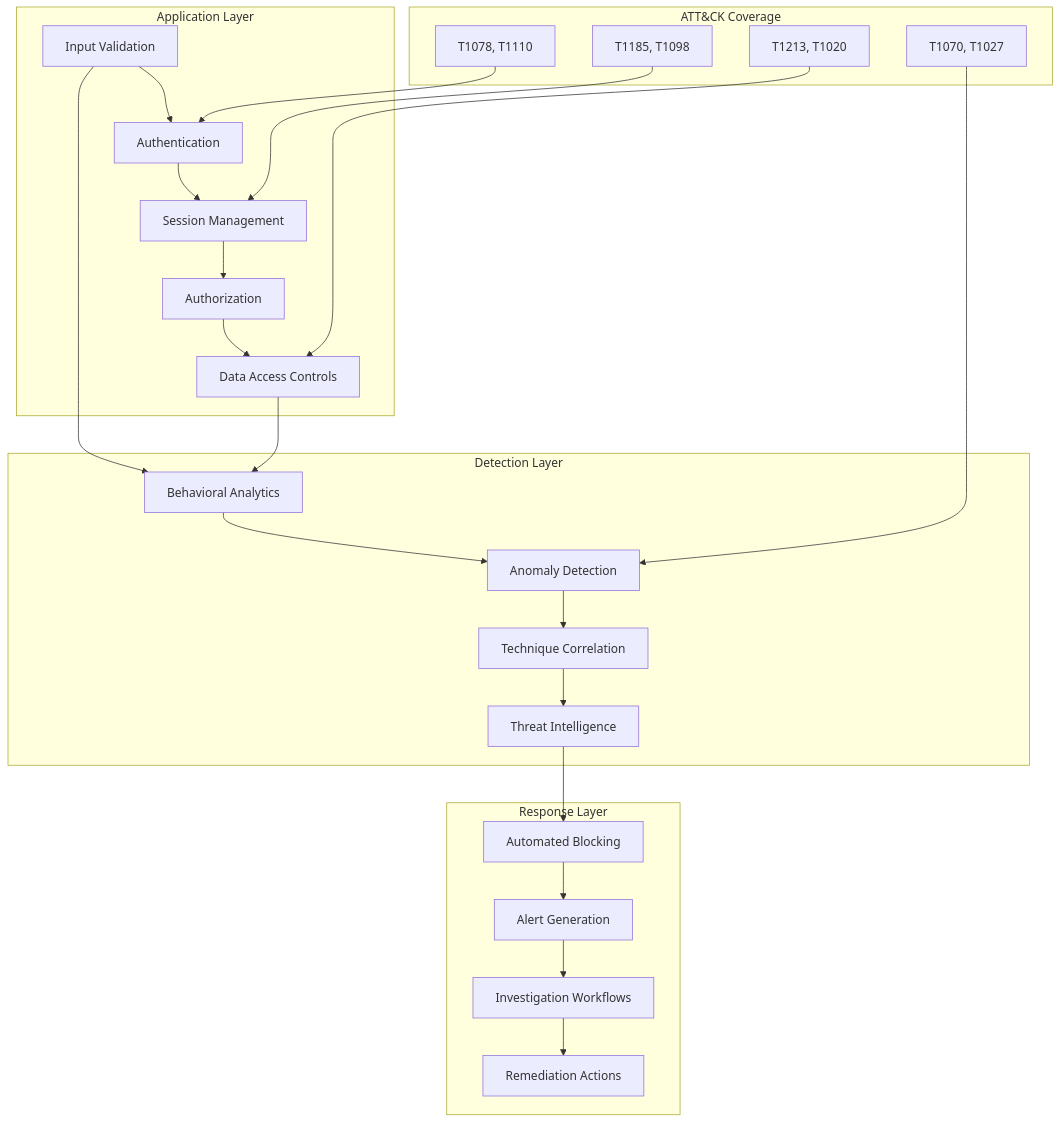
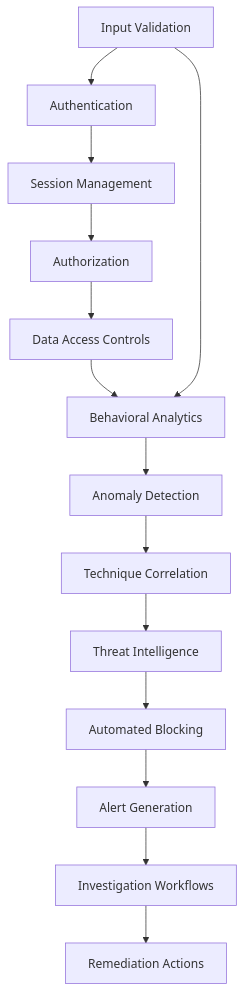
One commit to codebytes/mitre-attack-for-devs changed the sixth of 7 diagrams in slides/Slides.md. Above: the diagram before and after it, drawn with Mermaid. The commit also changed other lines of this file, not shown here.

Commit message:
Fix Mermaid diagrams: remove subgraphs causing render failures

```diff
--- a/slides/Slides.md
+++ b/slides/Slides.md
@@ -1030,32 +1005,16 @@
 <div class="mermaid">
 graph TB
-    subgraph "Application Layer"
-        A1[Input Validation] --> A2[Authentication] 
-        A2 --> A3[Session Management]
-        A3 --> A4[Authorization]
-        A4 --> A5[Data Access Controls]
-    end
-    
-    subgraph "Detection Layer"
-        B1[Behavioral Analytics] --> B2[Anomaly Detection]
-        B2 --> B3[Technique Correlation] 
-        B3 --> B4[Threat Intelligence]
-    end
-    
-    subgraph "Response Layer"
-        C1[Automated Blocking] --> C2[Alert Generation]
-        C2 --> C3[Investigation Workflows]
-        C3 --> C4[Remediation Actions]
-    end
-    
+    A1[Input Validation] --> A2[Authentication]
+    A2 --> A3[Session Management]
+    A3 --> A4[Authorization]
+    A4 --> A5[Data Access Controls]
+    A5 --> B1[Behavioral Analytics]
+    B1 --> B2[Anomaly Detection]
+    B2 --> B3[Technique Correlation]
+    B3 --> B4[Threat Intelligence]
+    B4 --> C1[Automated Blocking]
+    C1 --> C2[Alert Generation]
+    C2 --> C3[Investigation Workflows]
+    C3 --> C4[Remediation Actions]
     A1 --> B1
-    A5 --> B1
-    B4 --> C1
-    
-    subgraph "ATT&CK Coverage"
-        D1[T1078, T1110] --> A2
-        D2[T1185, T1098] --> A3
-        D3[T1213, T1020] --> A5
-        D4[T1070, T1027] --> B2
-    end
 </div>
```
